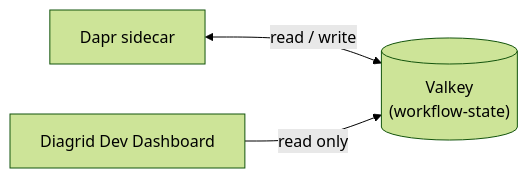
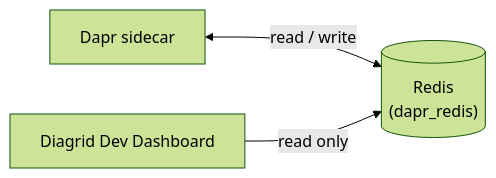
One commit to diagrid-labs/dapr-university-instruqt changed the diagram in dapr-workflow-aspire/4-apphost-resources/assignment.md. Above: the diagram before and after it, drawn with Mermaid (forest theme). The commit also changed other lines of this file and 4 other files, not shown here.

````diff
--- a/dapr-workflow-aspire/4-apphost-resources/assignment.md
+++ b/dapr-workflow-aspire/4-apphost-resources/assignment.md
@@ -12,9 +14,9 @@
 ```mermaid
 flowchart LR
     sidecar["Dapr sidecar"]
     dashboard["Diagrid Dev Dashboard"]
-    state[("Valkey<br/>(workflow-state)")]
+    state[("Redis<br/>(dapr_redis)")]
 
     sidecar <-->|read / write| state
     dashboard -->|read only| state
 ```
````
